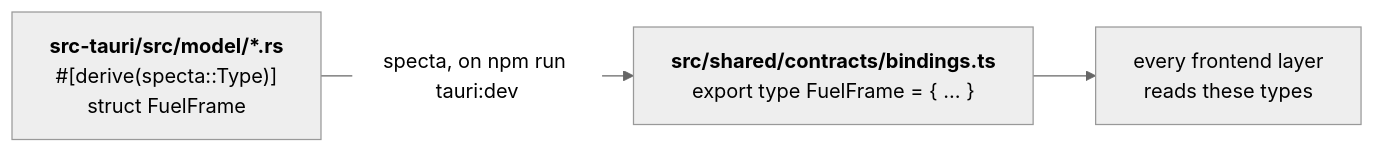
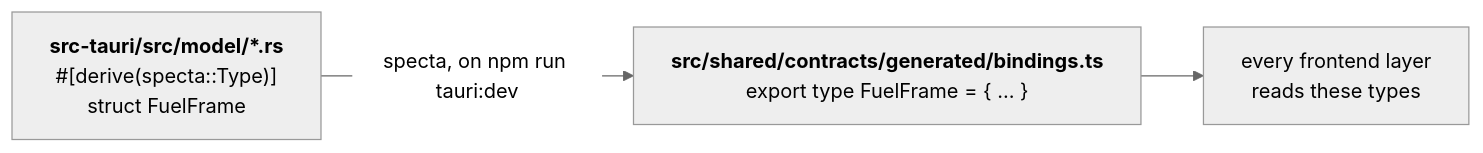
Before and after one commit to mvoof/Marble-Trace: the third of 22 diagrams in docs/architecture.md, drawn with Mermaid (neutral theme). The commit also changed other lines of this file and 162 other files, not shown here.

First line of the commit message:
refactor(contracts): move the generated contracts into contracts/generated/ (#605)

````diff
--- a/docs/architecture.md
+++ b/docs/architecture.md
@@ -179,7 +179,7 @@
 ```mermaid
 flowchart LR
     A["<b>src-tauri/src/model/*.rs</b><br/>#[derive(specta::Type)]<br/>struct FuelFrame"]
-    B["<b>src/shared/contracts/bindings.ts</b><br/>export type FuelFrame = { … }"]
+    B["<b>src/shared/contracts/generated/bindings.ts</b><br/>export type FuelFrame = { … }"]
     C["every frontend layer<br/>reads these types"]
     A -->|"specta, on npm run tauri:dev"| B --> C
 ```
````
